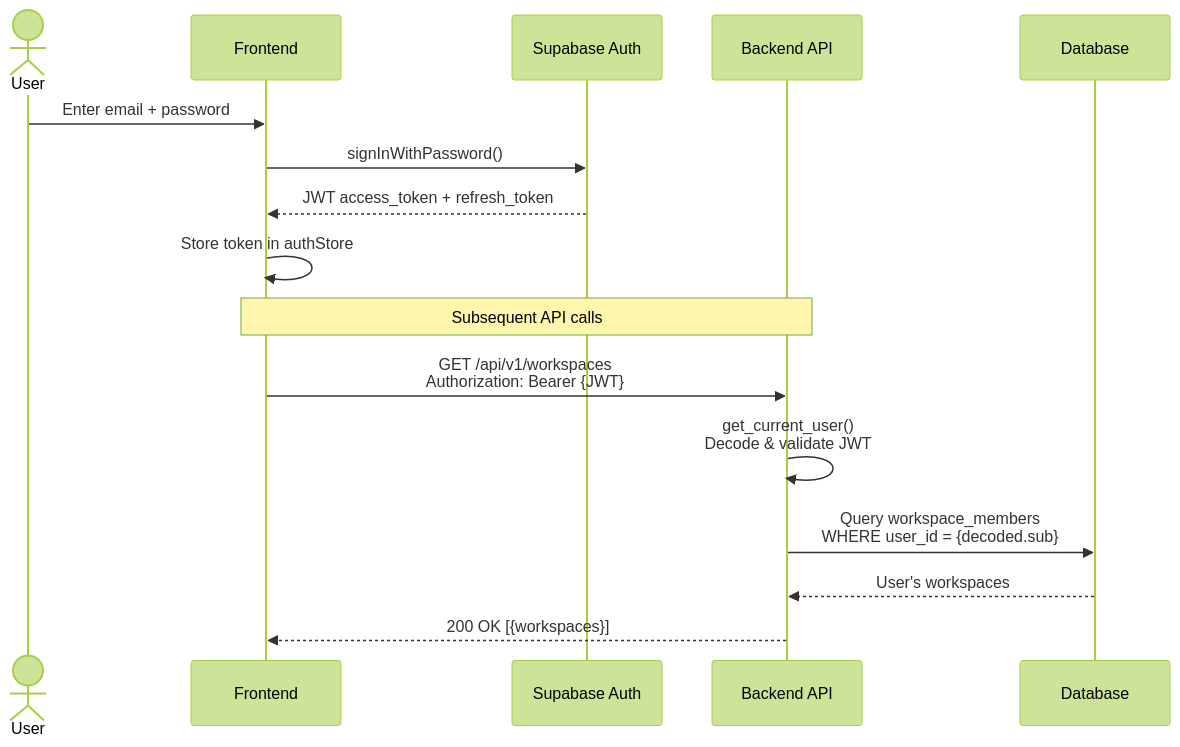
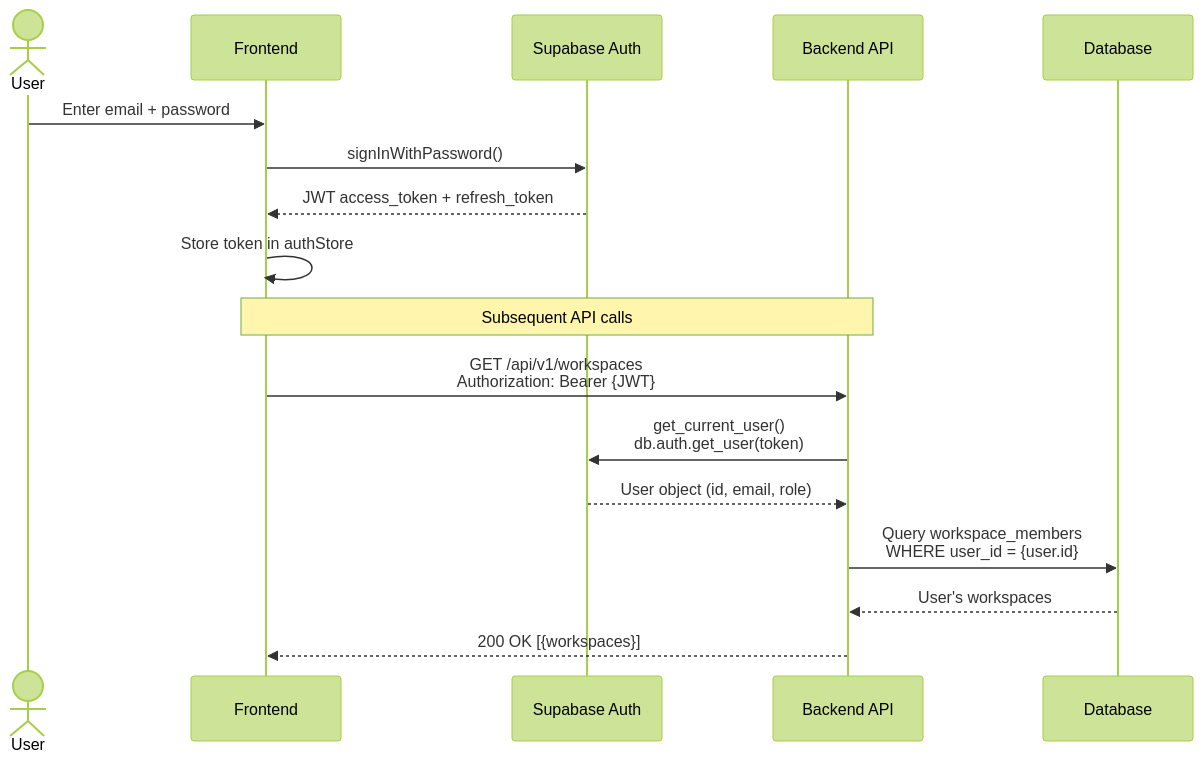
One commit to cvrvai/OPPM-AI-work-management-system changed the first of 7 diagrams in docs/FLOWCHARTS.md. Above: the diagram before and after it, drawn with Mermaid (forest theme). The commit also changed other lines of this file and 32 other files, not shown here.

````diff
--- a/docs/FLOWCHARTS.md
+++ b/docs/FLOWCHARTS.md
@@ -5,21 +5,22 @@
 ```mermaid
 sequenceDiagram
     actor User
     participant Frontend
     participant Supabase Auth
     participant Backend API
     participant Database
 
     User->>Frontend: Enter email + password
     Frontend->>Supabase Auth: signInWithPassword()
     Supabase Auth-->>Frontend: JWT access_token + refresh_token
     Frontend->>Frontend: Store token in authStore
 
     Note over Frontend,Backend API: Subsequent API calls
 
     Frontend->>Backend API: GET /api/v1/workspaces<br/>Authorization: Bearer {JWT}
-    Backend API->>Backend API: get_current_user()<br/>Decode & validate JWT
-    Backend API->>Database: Query workspace_members<br/>WHERE user_id = {decoded.sub}
+    Backend API->>Supabase Auth: get_current_user()<br/>db.auth.get_user(token)
+    Supabase Auth-->>Backend API: User object (id, email, role)
+    Backend API->>Database: Query workspace_members<br/>WHERE user_id = {user.id}
     Database-->>Backend API: User's workspaces
     Backend API-->>Frontend: 200 OK [{workspaces}]
 ```
````
